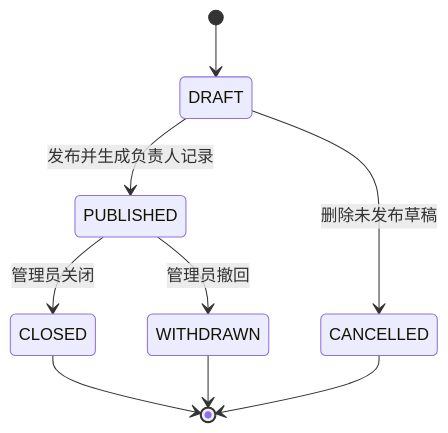
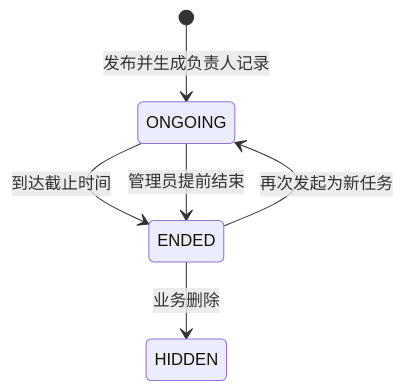
One commit to zhutiger/NurseMate changed the fourth of 6 diagrams in docs/product/state-machines.md. Above: the diagram before and after it, drawn with Mermaid. The commit also changed other lines of this file and 23 other files, not shown here.

````diff
--- a/docs/product/state-machines.md
+++ b/docs/product/state-machines.md
@@ -97,11 +97,8 @@
 ```mermaid
 stateDiagram-v2
-    [*] --> DRAFT
-    DRAFT --> PUBLISHED: 发布并生成负责人记录
-    DRAFT --> CANCELLED: 删除未发布草稿
-    PUBLISHED --> CLOSED: 管理员关闭
-    PUBLISHED --> WITHDRAWN: 管理员撤回
-    CLOSED --> [*]
-    WITHDRAWN --> [*]
-    CANCELLED --> [*]
+    [*] --> ONGOING: 发布并生成负责人记录
+    ONGOING --> ENDED: 到达截止时间
+    ONGOING --> ENDED: 管理员提前结束
+    ENDED --> ONGOING: 再次发起为新任务
+    ENDED --> HIDDEN: 业务删除
 ```
````
